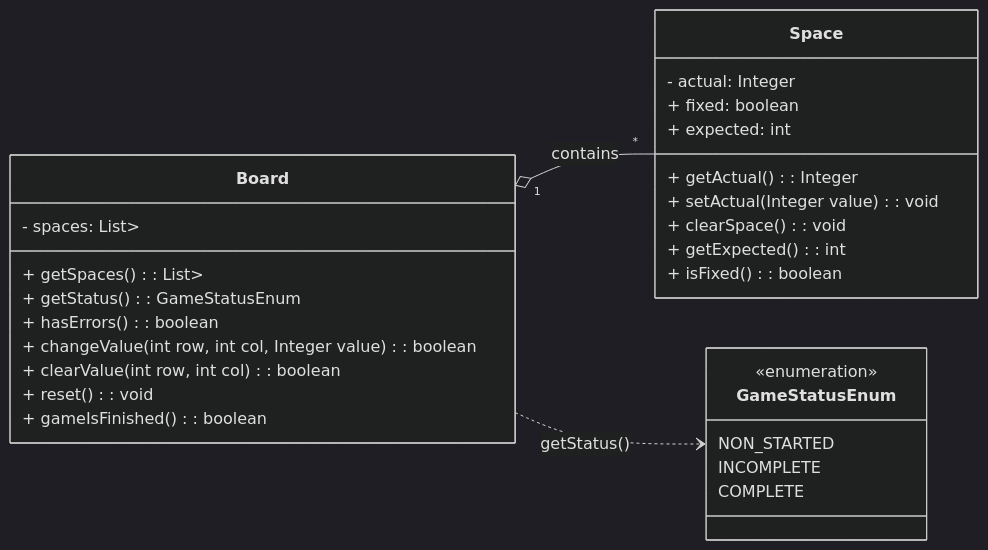
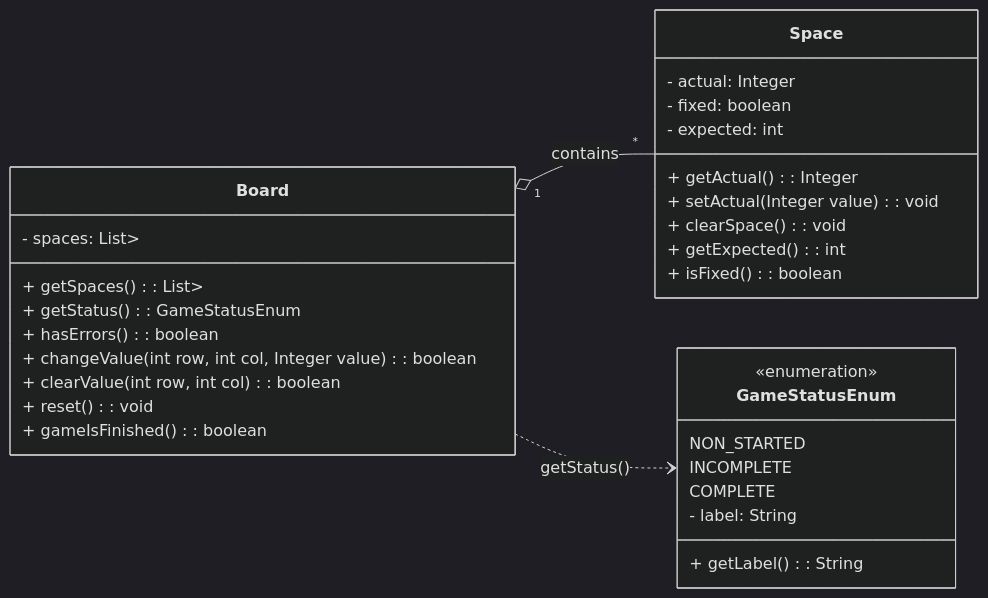
The diagram in docs/uml.md (raqueleucaria/sudoku), drawn with Mermaid (dark theme) before and after one commit. The commit also changed other lines of this file, not shown here.

Commit message:
ref(docs): ajusta os atributos e inclui as modificações do enum

````diff
--- a/docs/uml.md
+++ b/docs/uml.md
@@ -3,36 +3,38 @@
 ``` mermaid
 classDiagram
     direction LR
     class Board {
     - spaces: List<List<Space>>
     + getSpaces(): List<List<Space>>
     + getStatus(): GameStatusEnum
     + hasErrors(): boolean
     + changeValue(int row, int col, Integer value): boolean
     + clearValue(int row, int col): boolean
     + reset(): void
     + gameIsFinished(): boolean
     }
     
     class Space {
         - actual: Integer
-        + fixed: boolean
-        + expected: int
+        - fixed: boolean
+        - expected: int
         + getActual(): Integer
         + setActual(Integer value): void
         + clearSpace(): void
         + getExpected(): int
         + isFixed(): boolean
     }
     
     class GameStatusEnum {
         <<enumeration>>
         NON_STARTED
         INCOMPLETE
         COMPLETE
+        - label: String
+        + getLabel(): String
     }
     
     Board "1" o-- "*" Space : contains
     Board ..> GameStatusEnum : getStatus()
 
 ```
````
